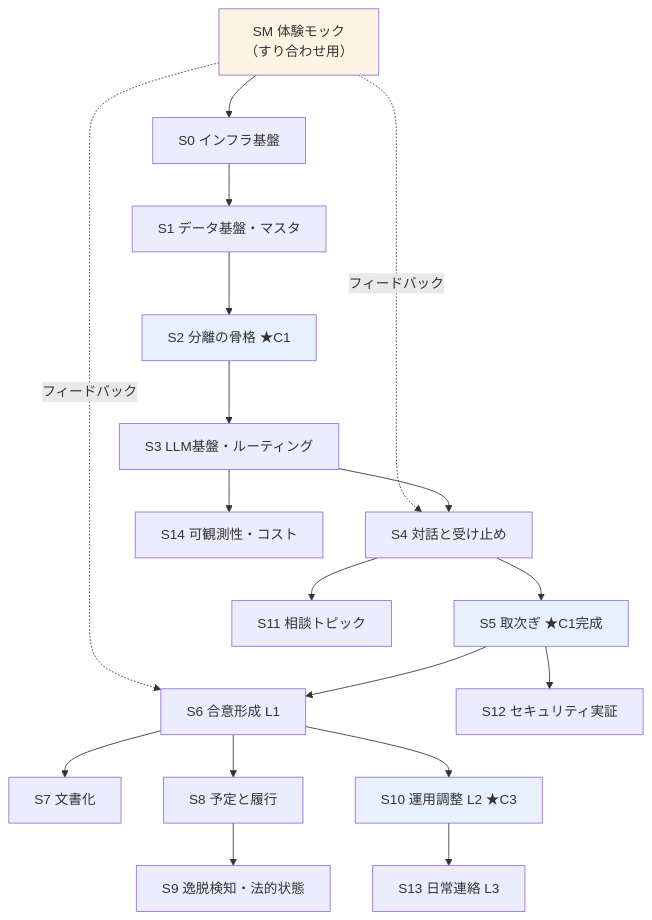
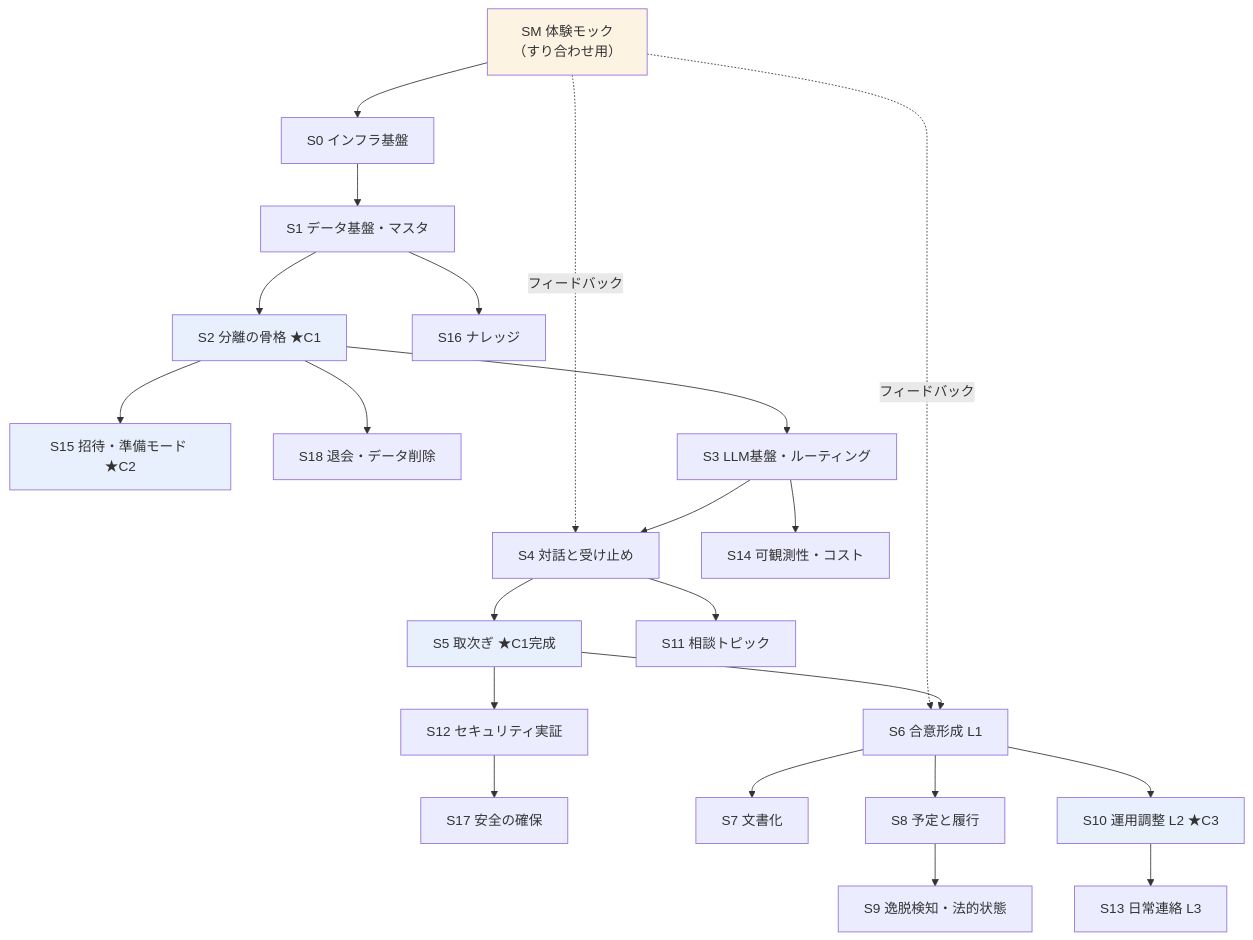
One commit to sugimomoto/AIHack changed the diagram in .steering/roadmap.md. Above: the diagram before and after it, drawn with Mermaid. The commit also changed other lines of this file and 1 other file, not shown here.

````diff
--- a/.steering/roadmap.md
+++ b/.steering/roadmap.md
@@ -25,25 +25,30 @@
 ```mermaid
 graph TD
     SM["SM 体験モック<br/>（すり合わせ用）"] -.->|"フィードバック"| S4
     SM -.->|"フィードバック"| S6
     SM --> S0["S0 インフラ基盤"]
     S0 --> S1["S1 データ基盤・マスタ"]
+    S2 --> S15["S15 招待・準備モード ★C2"]
+    S1 --> S16["S16 ナレッジ"]
+    S12 --> S17["S17 安全の確保"]
+    S2 --> S18["S18 退会・データ削除"]
     S1 --> S2["S2 分離の骨格 ★C1"]
     S2 --> S3["S3 LLM基盤・ルーティング"]
     S3 --> S4["S4 対話と受け止め"]
     S4 --> S5["S5 取次ぎ ★C1完成"]
     S5 --> S6["S6 合意形成 L1"]
     S6 --> S7["S7 文書化"]
     S6 --> S8["S8 予定と履行"]
     S8 --> S9["S9 逸脱検知・法的状態"]
     S6 --> S10["S10 運用調整 L2 ★C3"]
     S4 --> S11["S11 相談トピック"]
     S5 --> S12["S12 セキュリティ実証"]
     S10 --> S13["S13 日常連絡 L3"]
     S3 --> S14["S14 可観測性・コスト"]
 
     style S2 fill:#e8f0fe
     style S5 fill:#e8f0fe
     style S10 fill:#e8f0fe
     style SM fill:#fdf3e3
+    style S15 fill:#e8f0fe
 ```
````
